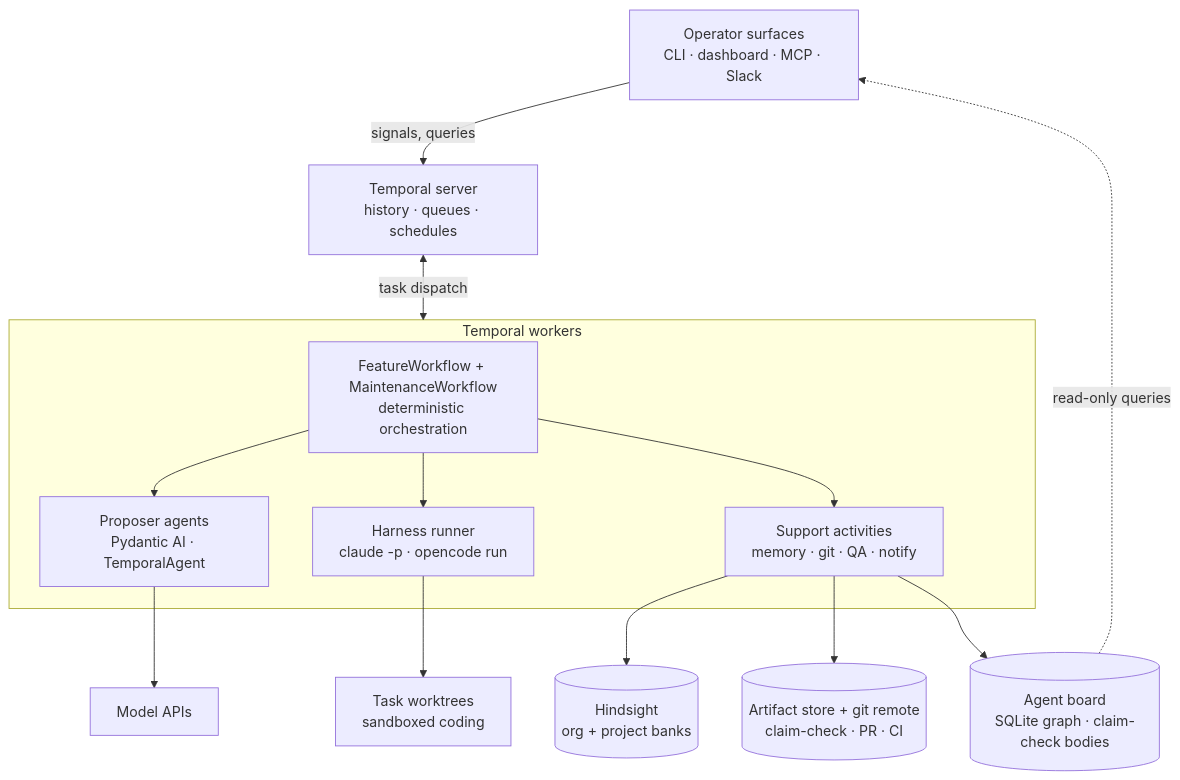
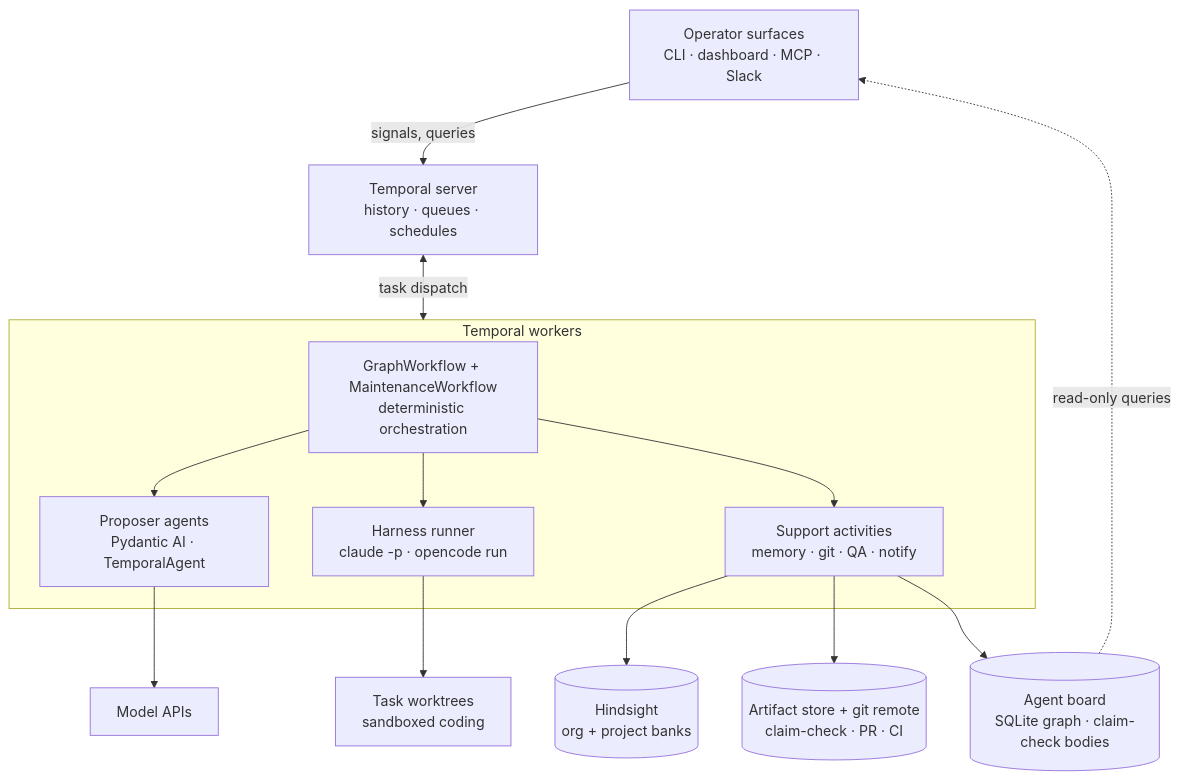
The first of 3 diagrams in ARCHITECTURE.md (Kit-Kroker/Kroker), drawn with Mermaid before and after one commit. The commit also changed other lines of this file and 10 other files, not shown here.

````diff
--- a/ARCHITECTURE.md
+++ b/ARCHITECTURE.md
@@ -30,19 +30,19 @@
 ```mermaid
 flowchart TB
     OP[Operator surfaces<br/>CLI · dashboard · MCP · Slack] -->|signals, queries| TS[Temporal server<br/>history · queues · schedules]
     TS <-->|task dispatch| W
 
     subgraph W[Temporal workers]
-        FW[FeatureWorkflow + MaintenanceWorkflow<br/>deterministic orchestration]
+        FW[GraphWorkflow + MaintenanceWorkflow<br/>deterministic orchestration]
         FW --> PA[Proposer agents<br/>Pydantic AI · TemporalAgent]
         FW --> HR[Harness runner<br/>claude -p · opencode run]
         FW --> SA[Support activities<br/>memory · git · QA · notify]
     end
 
     HR --> WT[Task worktrees<br/>sandboxed coding]
     SA --> HS[(Hindsight<br/>org + project banks)]
     SA --> AR[(Artifact store + git remote<br/>claim-check · PR · CI)]
     SA --> BD[(Agent board<br/>SQLite graph · claim-check bodies)]
     BD -.->|read-only queries| OP
     PA --> LLM[Model APIs]
 ```
````
